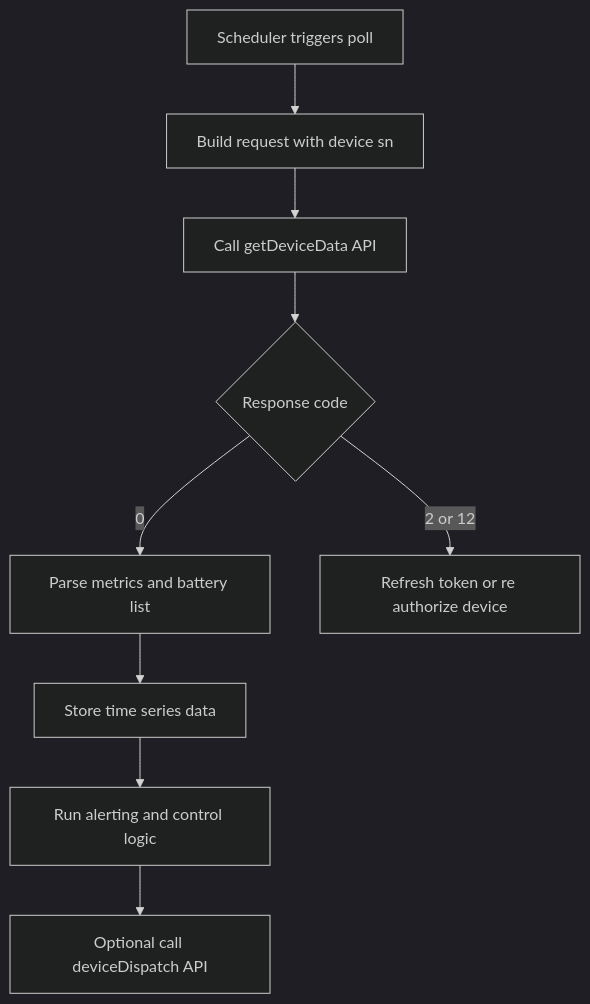
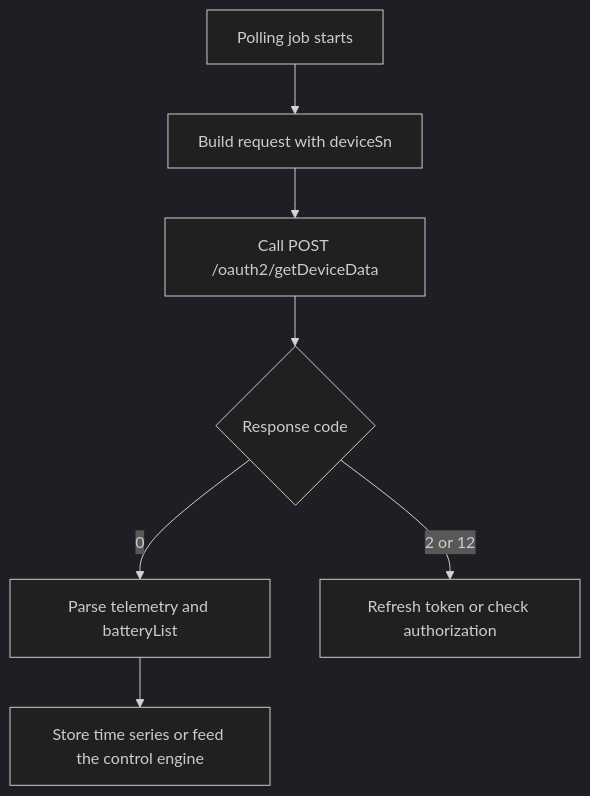
The diagram in Growatt API/OPENAPI/08_api_device_data.md (EugeneJian/growatt-unified-api), drawn with Mermaid (dark theme) before and after one commit. The commit also changed other lines of this file and 26 other files, not shown here.

````diff
--- a/Growatt API/OPENAPI/08_api_device_data.md
+++ b/Growatt API/OPENAPI/08_api_device_data.md
@@ -27,12 +21,10 @@
 ```mermaid
 %% 本代码严格遵循AI生成Mermaid代码的终极准则v4.1（Mermaid终极大师）
 flowchart TD
-    A["Scheduler triggers poll"] --> B["Build request with device sn"]
-    B --> C["Call getDeviceData API"]
+    A["Polling job starts"] --> B["Build request with deviceSn"]
+    B --> C["Call POST /oauth2/getDeviceData"]
     C --> D{"Response code"}
-    D -->|"0"| E["Parse metrics and battery list"]
-    D -->|"2 or 12"| F["Refresh token or re authorize device"]
-    E --> G["Store time series data"]
-    G --> H["Run alerting and control logic"]
-    H --> I["Optional call deviceDispatch API"]
+    D -->|"0"| E["Parse telemetry and batteryList"]
+    D -->|"2 or 12"| F["Refresh token or check authorization"]
+    E --> G["Store time series or feed the control engine"]
 ```
````
